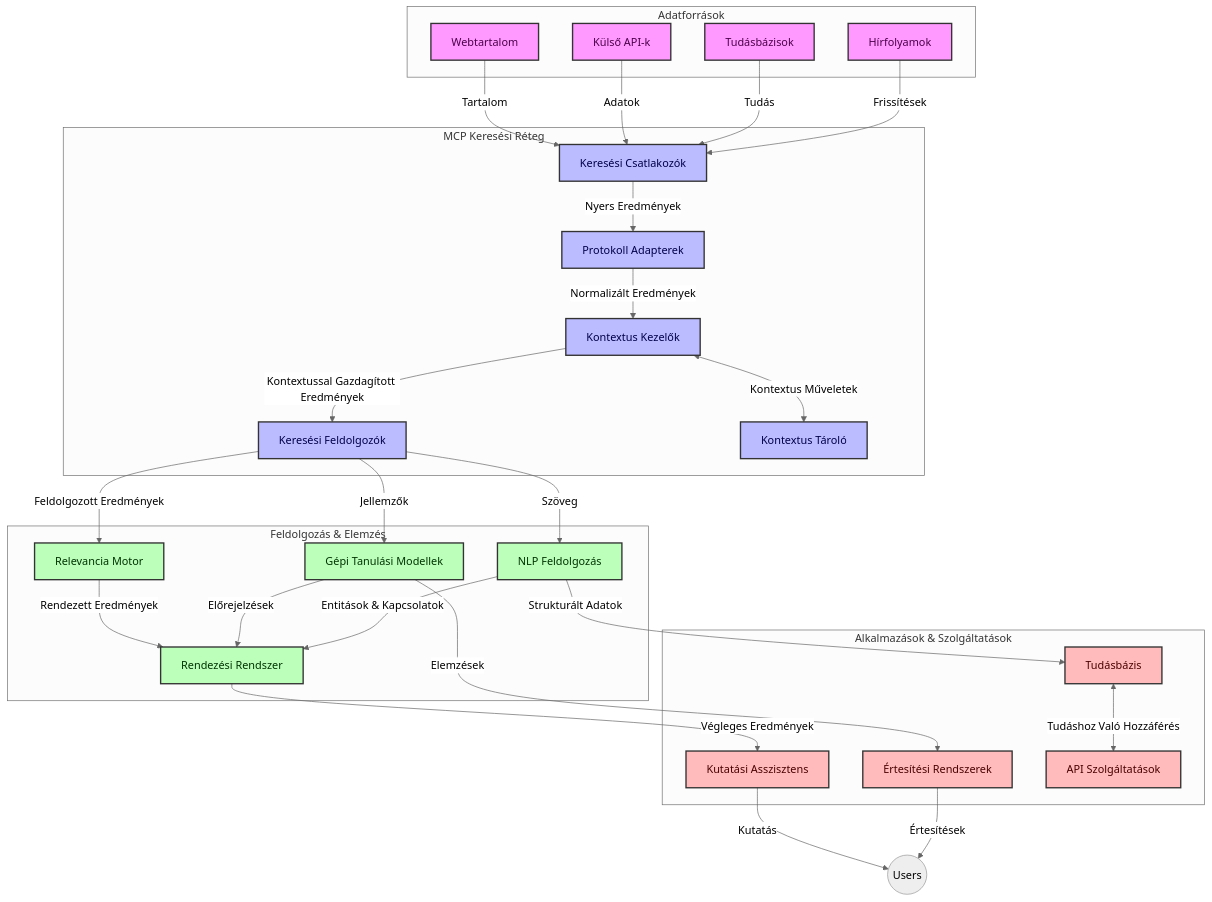
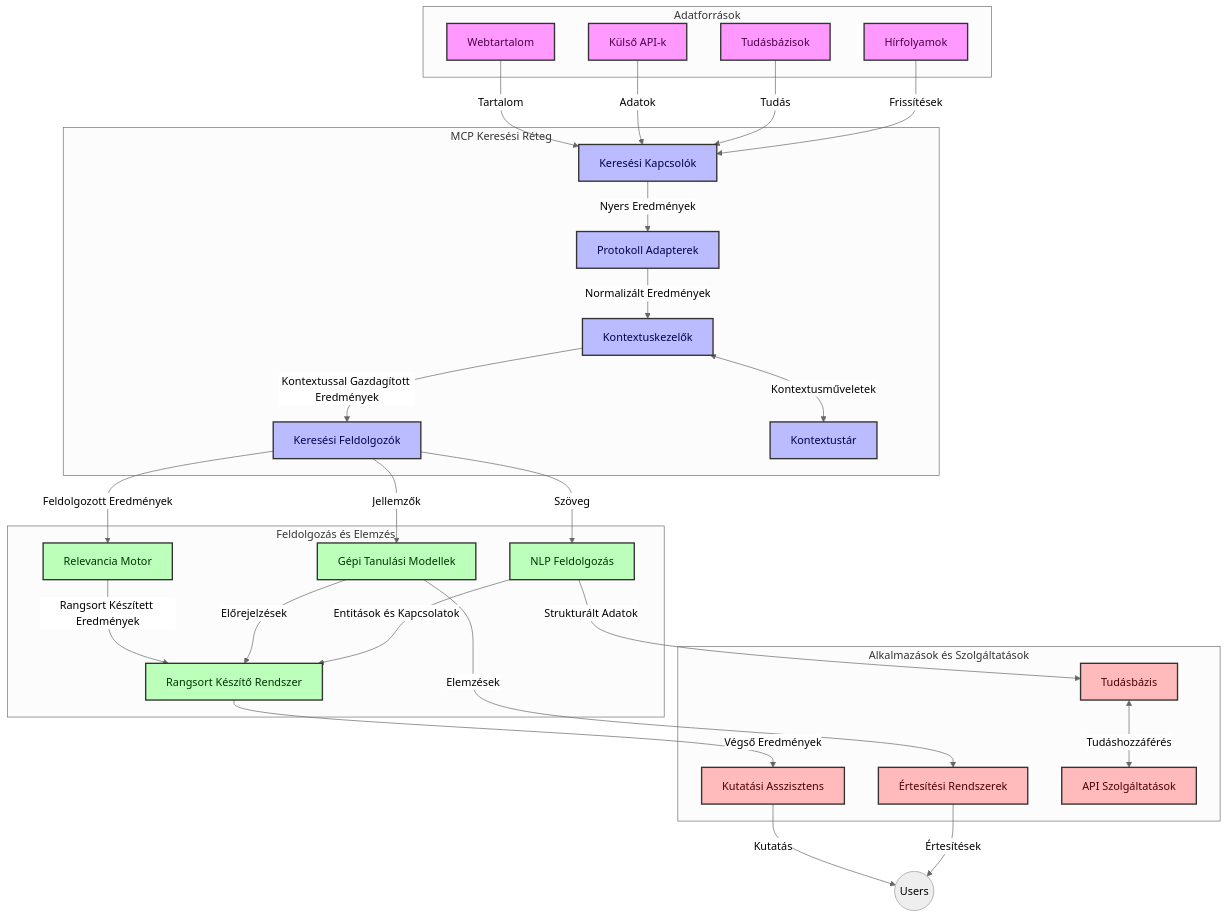
The first of 4 diagrams in translations/hu/05-AdvancedTopics/mcp-realtimesearch/README.md (microsoft/mcp-for-beginners), drawn with Mermaid (neutral theme) before and after one commit. The commit also changed other lines of this file and 140 other files, not shown here.

````diff
--- a/translations/hu/05-AdvancedTopics/mcp-realtimesearch/README.md
+++ b/translations/hu/05-AdvancedTopics/mcp-realtimesearch/README.md
@@ -109,66 +109,66 @@
 ```mermaid
 graph TD
     subgraph "Adatforrások"
         Web[Webtartalom]
         APIs[Külső API-k]
         DB[Tudásbázisok]
         News[Hírfolyamok]
     end
 
     subgraph "MCP Keresési Réteg"
-        SC[Keresési Csatlakozók]
+        SC[Keresési Kapcsolók]
         PA[Protokoll Adapterek]
-        CH[Kontextus Kezelők]
+        CH[Kontextuskezelők]
         SP[Keresési Feldolgozók]
-        CS[Kontextus Tároló]
+        CS[Kontextustár]
     end
 
-    subgraph "Feldolgozás & Elemzés"
+    subgraph "Feldolgozás és Elemzés"
         RE[Relevancia Motor]
         ML[Gépi Tanulási Modellek]
         NLP[NLP Feldolgozás]
-        Rank[Rendezési Rendszer]
+        Rank[Rangsort Készítő Rendszer]
     end
 
-    subgraph "Alkalmazások & Szolgáltatások"
+    subgraph "Alkalmazások és Szolgáltatások"
         RA[Kutatási Asszisztens]
         Alerts[Értesítési Rendszerek]
         KB[Tudásbázis]
         API[API Szolgáltatások]
     end
 
     Web -->|Tartalom| SC
     APIs -->|Adatok| SC
     DB -->|Tudás| SC
     News -->|Frissítések| SC
     
     SC -->|Nyers Eredmények| PA
     PA -->|Normalizált Eredmények| CH
-    CH <-->|Kontextus Műveletek| CS
+    CH <-->|Kontextusműveletek| CS
     CH -->|Kontextussal Gazdagított Eredmények| SP
     SP -->|Feldolgozott Eredmények| RE
     SP -->|Jellemzők| ML
     SP -->|Szöveg| NLP
     
-    RE -->|Rendezett Eredmények| Rank
+    RE -->|Rangsort Készített Eredmények| Rank
     ML -->|Előrejelzések| Rank
-    NLP -->|Entitások & Kapcsolatok| Rank
+    NLP -->|Entitások és Kapcsolatok| Rank
     
-    Rank -->|Végleges Eredmények| RA
+    Rank -->|Végső Eredmények| RA
     ML -->|Elemzések| Alerts
     NLP -->|Strukturált Adatok| KB
     
     RA -->|Kutatás| Users((Users))
     Alerts -->|Értesítések| Users
-    KB <-->|Tudáshoz Való Hozzáférés| API
+    KB <-->|Tudáshozzáférés| API
 
     classDef sources fill:#f9f,stroke:#333,stroke-width:2px,color:#4a004a
     classDef mcp fill:#bbf,stroke:#333,stroke-width:2px,color:#00004a
     classDef processing fill:#bfb,stroke:#333,stroke-width:2px,color:#003300
     classDef apps fill:#fbb,stroke:#333,stroke-width:2px,color:#4a0000
     
     class Web,APIs,DB,News sources
     class SC,PA,CH,SP,CS mcp
     class RE,ML,NLP,Rank processing
     class RA,Alerts,KB,API apps
 ```
````
